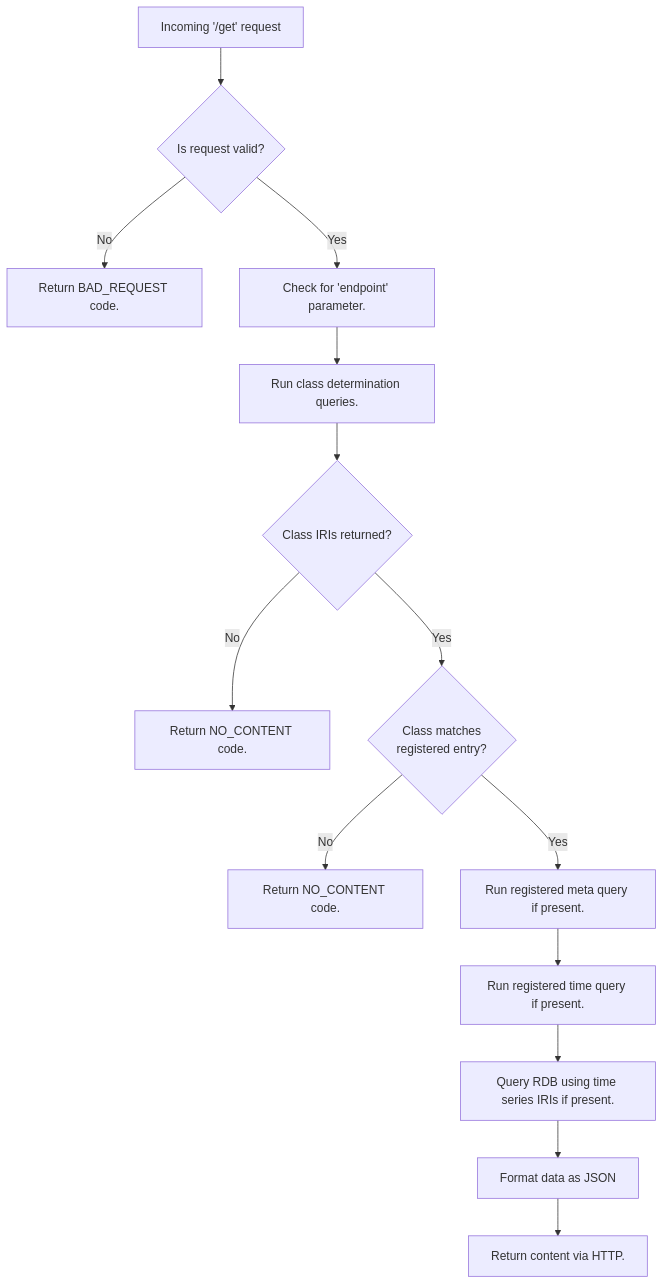
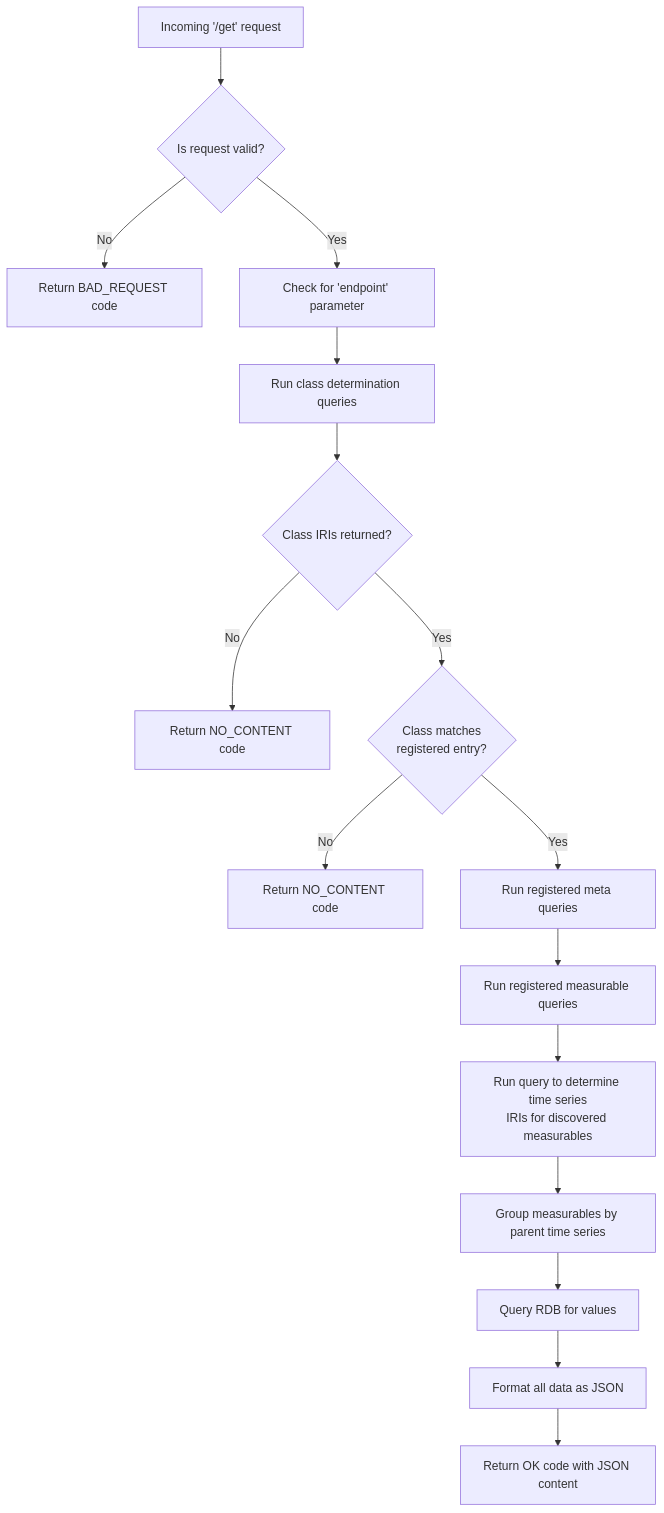
The diagram in Agents/FeatureInfoAgent/docs/mermaid-get-request.md (TheWorldAvatar/Feature-Info-Agent), drawn with Mermaid before and after one commit. The commit also changed 10 other files, not shown here.

````diff
--- a/Agents/FeatureInfoAgent/docs/mermaid-get-request.md
+++ b/Agents/FeatureInfoAgent/docs/mermaid-get-request.md
@@ -1,16 +1,18 @@
 ```mermaid
 graph TD
    A[Incoming '/get' request] --> B{Is request valid?};
-   B -- No --> C[Return BAD_REQUEST code.];
-   B -- Yes --> D[Check for 'endpoint' parameter.];
-   D --> E[Run class determination queries.];
+   B -- No --> C[Return BAD_REQUEST code];
+   B -- Yes --> D[Check for 'endpoint' parameter];
+   D --> E[Run class determination queries];
    E --> F{Class IRIs returned?};
-   F -- No --> G[Return NO_CONTENT code.];
+   F -- No --> G[Return NO_CONTENT code];
    F -- Yes --> H{Class matches\nregistered entry?};
-   H -- No --> I[Return NO_CONTENT code.];
-   H -- Yes --> J[Run registered meta query if present.];
-   J --> K[Run registered time query if present.];
-   K --> L[Query RDB using time series IRIs if present.];
-   L --> M[Format data as JSON];
-   M --> N[Return content via HTTP.];
+   H -- No --> I[Return NO_CONTENT code];
+   H -- Yes --> J[Run registered meta queries];
+   J --> K[Run registered measurable queries];
+   K --> L[Run query to determine time series\nIRIs for discovered measurables];
+   L --> M[Group measurables by parent time series];
+   M --> N[Query RDB for values];
+   N --> O[Format all data as JSON];
+   O --> P[Return OK code with JSON content];
 ```
````
